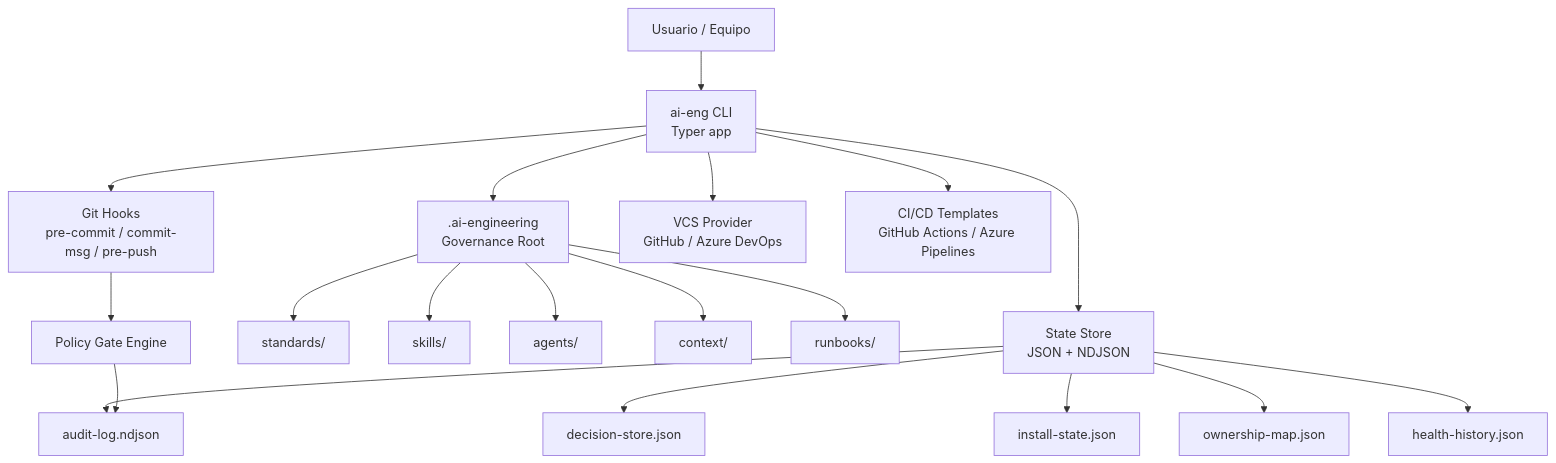
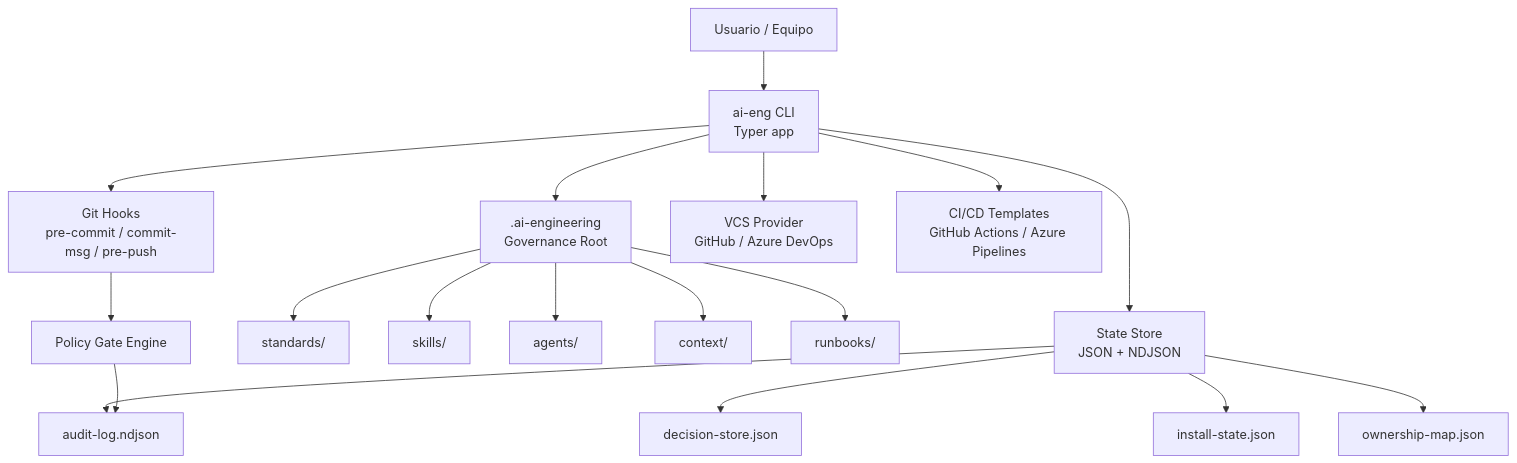
Before and after one commit to arcasilesgroup/ai-engineering: the first of 8 diagrams in src/ai_engineering/templates/.ai-engineering/contexts/product/product-contract.md, drawn with Mermaid. The commit also changed other lines of this file and 343 other files, not shown here.

````diff
--- a/src/ai_engineering/templates/.ai-engineering/contexts/product/product-contract.md
+++ b/src/ai_engineering/templates/.ai-engineering/contexts/product/product-contract.md
@@ -69,24 +69,23 @@
 ```mermaid
 flowchart TB
     U[Usuario / Equipo] --> CLI[ai-eng CLI\nTyper app]
     CLI --> GOV[.ai-engineering\nGovernance Root]
     CLI --> HOOKS[Git Hooks\npre-commit / commit-msg / pre-push]
     CLI --> STATE[State Store\nJSON + NDJSON]
     CLI --> VCS[VCS Provider\nGitHub / Azure DevOps]
     CLI --> PIPE[CI/CD Templates\nGitHub Actions / Azure Pipelines]
 
     GOV --> STANDARDS[standards/]
     GOV --> SKILLS[skills/]
     GOV --> AGENTS[agents/]
     GOV --> CONTEXT[context/]
     GOV --> RBS[runbooks/]
 
     STATE --> DS[decision-store.json]
     STATE --> AUDIT[audit-log.ndjson]
     STATE --> IS[install-state.json]
     STATE --> OWN[ownership-map.json]
-    STATE --> HH[health-history.json]
 
     HOOKS --> GATES[Policy Gate Engine]
     GATES --> AUDIT
 ```
````
